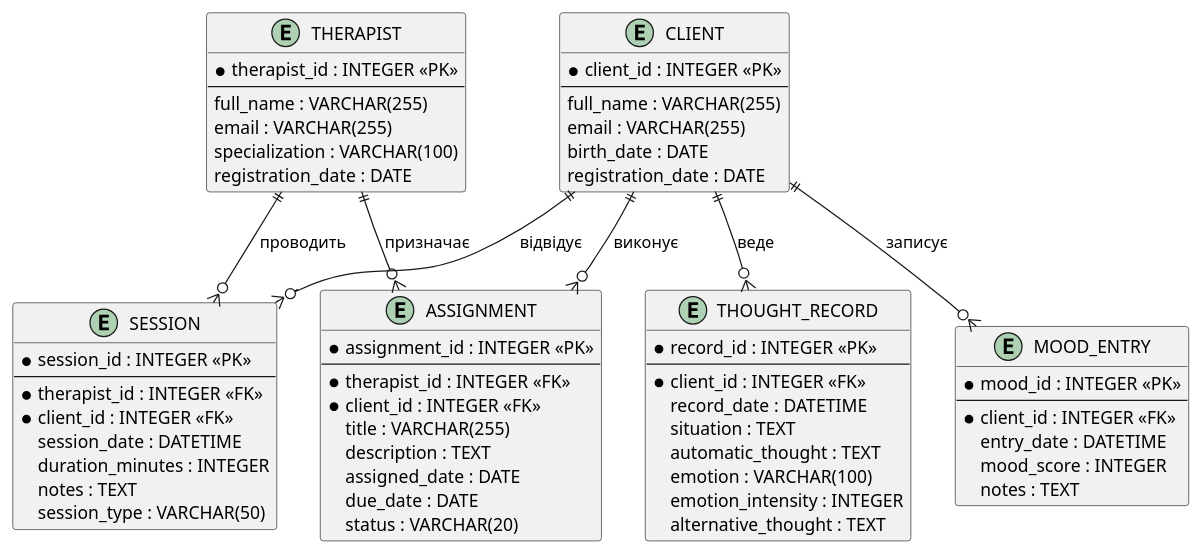
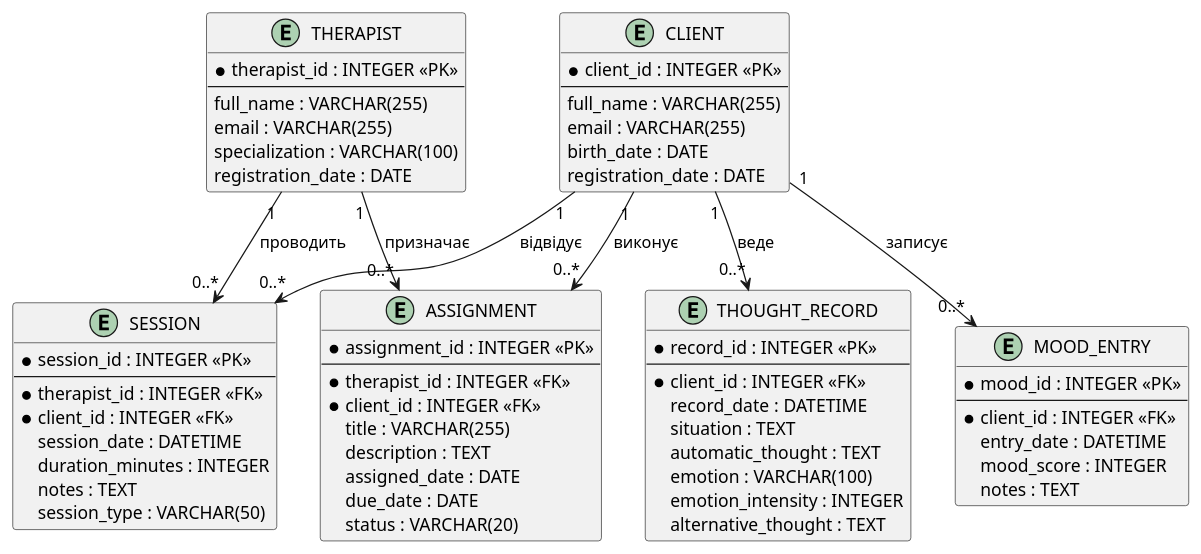
Before and after one commit to luvremak/mavpz: the diagram in er-diagrams/diagrams/PlantUML/er-diagram.puml, drawn with PlantUML. The commit also changed 2 other files, not shown here.

```diff
--- a/er-diagrams/diagrams/PlantUML/er-diagram.puml
+++ b/er-diagrams/diagrams/PlantUML/er-diagram.puml
@@ -1,72 +1,72 @@
 @startuml CBT_Journal
 
 entity "THERAPIST" as therapist {
   * therapist_id : INTEGER <<PK>>
   --
   full_name : VARCHAR(255)
   email : VARCHAR(255)
   specialization : VARCHAR(100)
   registration_date : DATE
 }
 
 entity "CLIENT" as client {
   * client_id : INTEGER <<PK>>
   --
   full_name : VARCHAR(255)
   email : VARCHAR(255)
   birth_date : DATE
   registration_date : DATE
 }
 
 entity "SESSION" as session {
   * session_id : INTEGER <<PK>>
   --
   * therapist_id : INTEGER <<FK>>
   * client_id : INTEGER <<FK>>
   session_date : DATETIME
   duration_minutes : INTEGER
   notes : TEXT
   session_type : VARCHAR(50)
 }
 
 entity "THOUGHT_RECORD" as thought {
   * record_id : INTEGER <<PK>>
   --
   * client_id : INTEGER <<FK>>
   record_date : DATETIME
   situation : TEXT
   automatic_thought : TEXT
   emotion : VARCHAR(100)
   emotion_intensity : INTEGER
   alternative_thought : TEXT
 }
 
 entity "MOOD_ENTRY" as mood {
   * mood_id : INTEGER <<PK>>
   --
   * client_id : INTEGER <<FK>>
   entry_date : DATETIME
   mood_score : INTEGER
   notes : TEXT
 }
 
 entity "ASSIGNMENT" as assignment {
   * assignment_id : INTEGER <<PK>>
   --
   * therapist_id : INTEGER <<FK>>
   * client_id : INTEGER <<FK>>
   title : VARCHAR(255)
   description : TEXT
   assigned_date : DATE
   due_date : DATE
   status : VARCHAR(20)
 }
 
-therapist ||--o{ session : "проводить"
-client ||--o{ session : "відвідує"
-client ||--o{ thought : "веде"
-client ||--o{ mood : "записує"
-therapist ||--o{ assignment : "призначає"
-client ||--o{ assignment : "виконує"
+therapist "1" --> "0..*" session : проводить
+client "1" --> "0..*" session : відвідує
+client "1" --> "0..*" thought : веде
+client "1" --> "0..*" mood : записує
+therapist "1" --> "0..*" assignment : призначає
+client "1" --> "0..*" assignment : виконує
 
 @enduml
```
